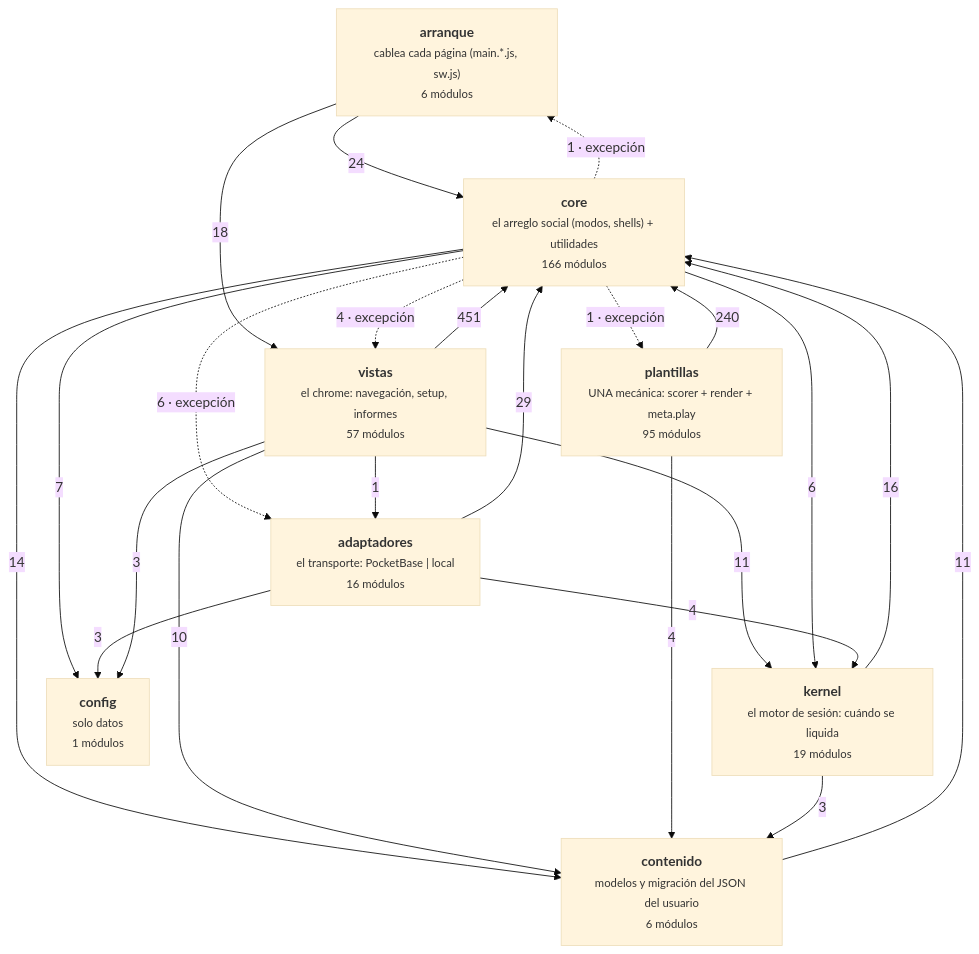
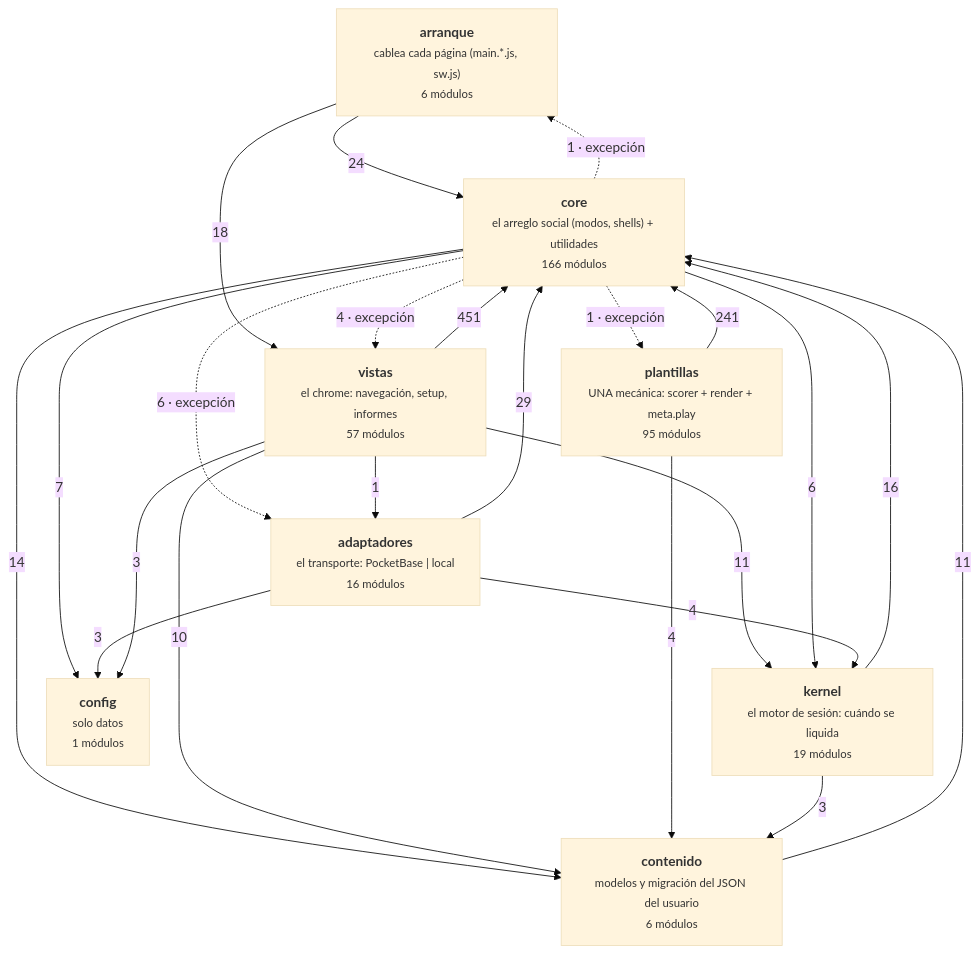
Before and after one commit to duecaz/ac: the diagram in docs/arquitectura-modulos.md, drawn with Mermaid (base theme). The commit also changed other lines of this file and 114 other files, not shown here.

````diff
--- a/docs/arquitectura-modulos.md
+++ b/docs/arquitectura-modulos.md
@@ -56,33 +56,33 @@
 ```mermaid
 graph TD
   A["<b>arranque</b><br/><small>cablea cada página (main.*.js, sw.js)</small><br/><small>6 módulos</small>"]
   V["<b>vistas</b><br/><small>el chrome: navegación, setup, informes</small><br/><small>57 módulos</small>"]
   AD["<b>adaptadores</b><br/><small>el transporte: PocketBase | local</small><br/><small>16 módulos</small>"]
   C["<b>core</b><br/><small>el arreglo social (modos, shells) + utilidades</small><br/><small>166 módulos</small>"]
   K["<b>kernel</b><br/><small>el motor de sesión: cuándo se liquida</small><br/><small>19 módulos</small>"]
   T["<b>plantillas</b><br/><small>UNA mecánica: scorer + render + meta.play</small><br/><small>95 módulos</small>"]
   CO["<b>contenido</b><br/><small>modelos y migración del JSON del usuario</small><br/><small>6 módulos</small>"]
   CF["<b>config</b><br/><small>solo datos</small><br/><small>1 módulos</small>"]
   V -->|451| C
-  T -->|240| C
+  T -->|241| C
   AD -->|29| C
   A -->|24| C
   A -->|18| V
   K -->|16| C
   C -->|14| CO
   CO -->|11| C
   V -->|11| K
   V -->|10| CO
   C -->|7| CF
   C -->|6| K
   C -.->|6 · excepción| AD
   AD -->|4| K
   C -.->|4 · excepción| V
   T -->|4| CO
   AD -->|3| CF
   K -->|3| CO
   V -->|3| CF
   C -.->|1 · excepción| T
   C -.->|1 · excepción| A
   V -->|1| AD
 ```
````
